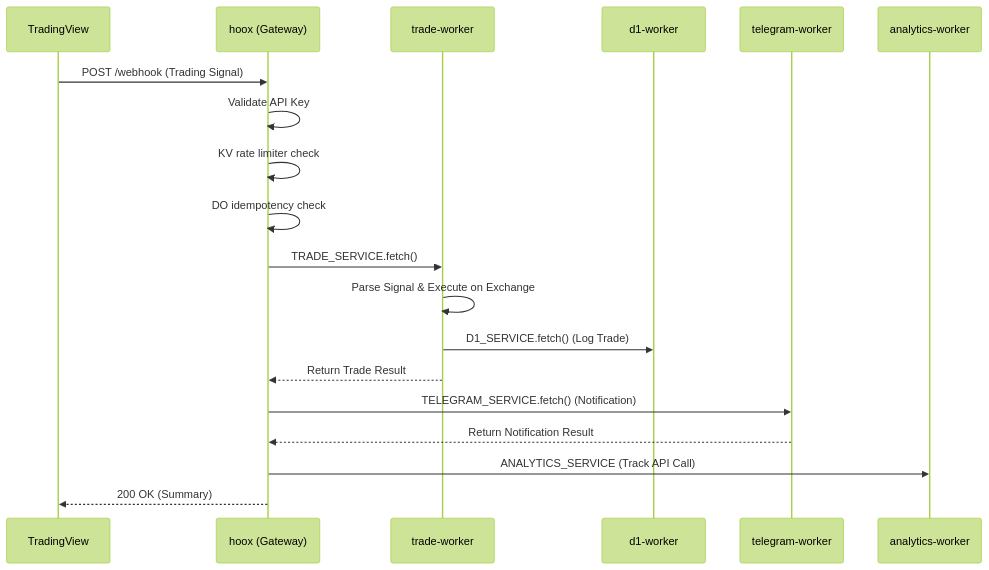
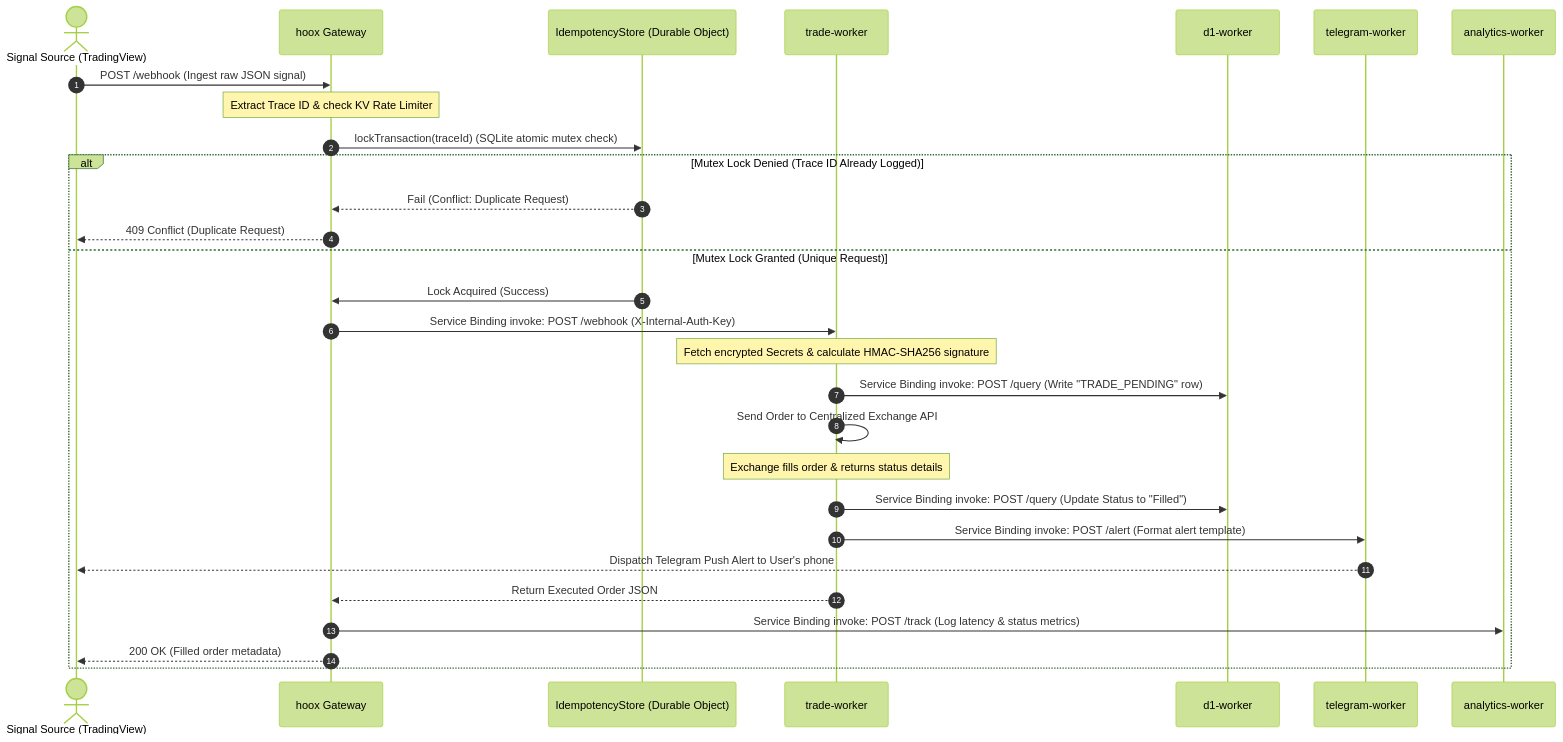
The first of 4 diagrams in docs/devops/architecture/data-flow.md (jango-blockchained/hoox-setup), drawn with Mermaid (forest theme) before and after one commit. The commit also changed other lines of this file and 33 other files, not shown here.

````diff
--- a/docs/devops/architecture/data-flow.md
+++ b/docs/devops/architecture/data-flow.md
@@ -13,22 +18,32 @@
 ```mermaid
 sequenceDiagram
-    participant TV as TradingView
-    participant Hoox as hoox (Gateway)
-    participant Trade as trade-worker
+    autonumber
+    actor TV as Signal Source (TradingView)
+    participant GW as hoox Gateway
+    participant DO as IdempotencyStore (Durable Object)
+    participant TW as trade-worker
     participant D1 as d1-worker
     participant TG as telegram-worker
     participant AE as analytics-worker
 
-    TV->>Hoox: POST /webhook (Trading Signal)
-    Hoox->>Hoox: Validate API Key
-    Hoox->>Hoox: KV rate limiter check
-    Hoox->>Hoox: DO idempotency check
-    Hoox->>Trade: TRADE_SERVICE.fetch()
-    Trade->>Trade: Parse Signal & Execute on Exchange
-    Trade->>D1: D1_SERVICE.fetch() (Log Trade)
-    Trade-->>Hoox: Return Trade Result
-    Hoox->>TG: TELEGRAM_SERVICE.fetch() (Notification)
-    TG-->>Hoox: Return Notification Result
-    Hoox->>AE: ANALYTICS_SERVICE (Track API Call)
-    Hoox-->>TV: 200 OK (Summary)
+    TV->>GW: POST /webhook (Ingest raw JSON signal)
+    Note over GW: Extract Trace ID & check KV Rate Limiter
+    GW->>DO: lockTransaction(traceId) (SQLite atomic mutex check)
+    alt Mutex Lock Denied (Trace ID Already Logged)
+        DO-->>GW: Fail (Conflict: Duplicate Request)
+        GW-->>TV: 409 Conflict (Duplicate Request)
+    else Mutex Lock Granted (Unique Request)
+        DO->>GW: Lock Acquired (Success)
+        GW->>TW: Service Binding invoke: POST /webhook (X-Internal-Auth-Key)
+        Note over TW: Fetch encrypted Secrets & calculate HMAC-SHA256 signature
+        TW->>D1: Service Binding invoke: POST /query (Write "TRADE_PENDING" row)
+        TW->>TW: Send Order to Centralized Exchange API
+        Note over TW: Exchange fills order & returns status details
+        TW->>D1: Service Binding invoke: POST /query (Update Status to "Filled")
+        TW->>TG: Service Binding invoke: POST /alert (Format alert template)
+        TG-->>TV: Dispatch Telegram Push Alert to User's phone
+        TW-->>GW: Return Executed Order JSON
+        GW->>AE: Service Binding invoke: POST /track (Log latency & status metrics)
+        GW-->>TV: 200 OK (Filled order metadata)
+    end
 ```
````
